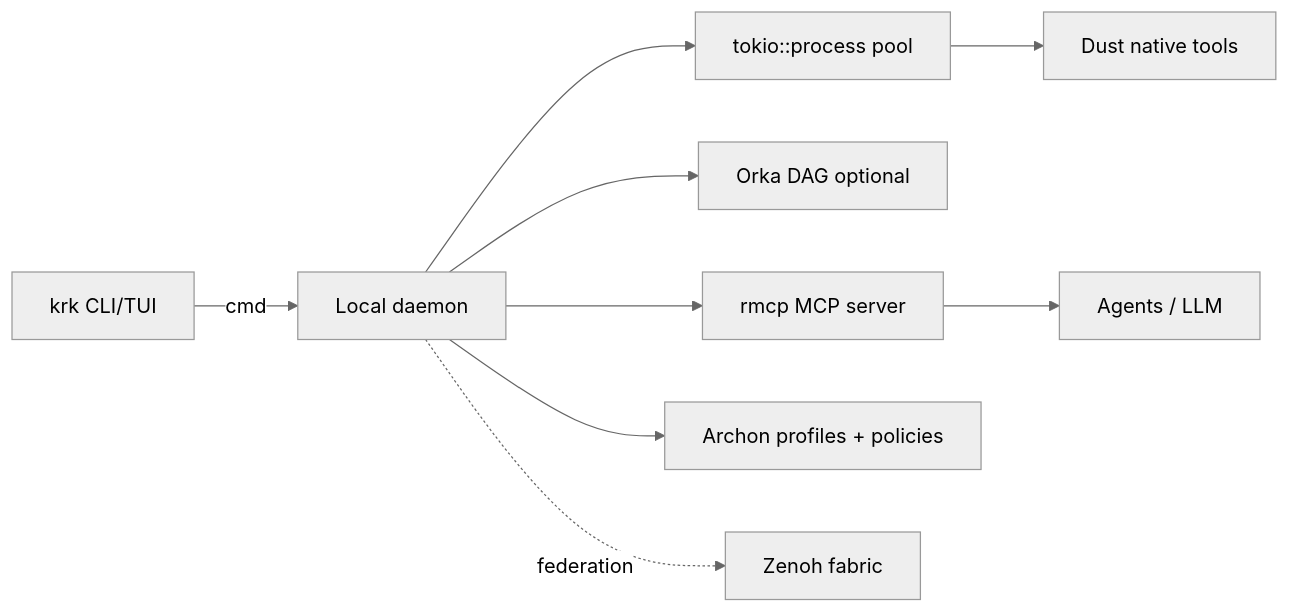
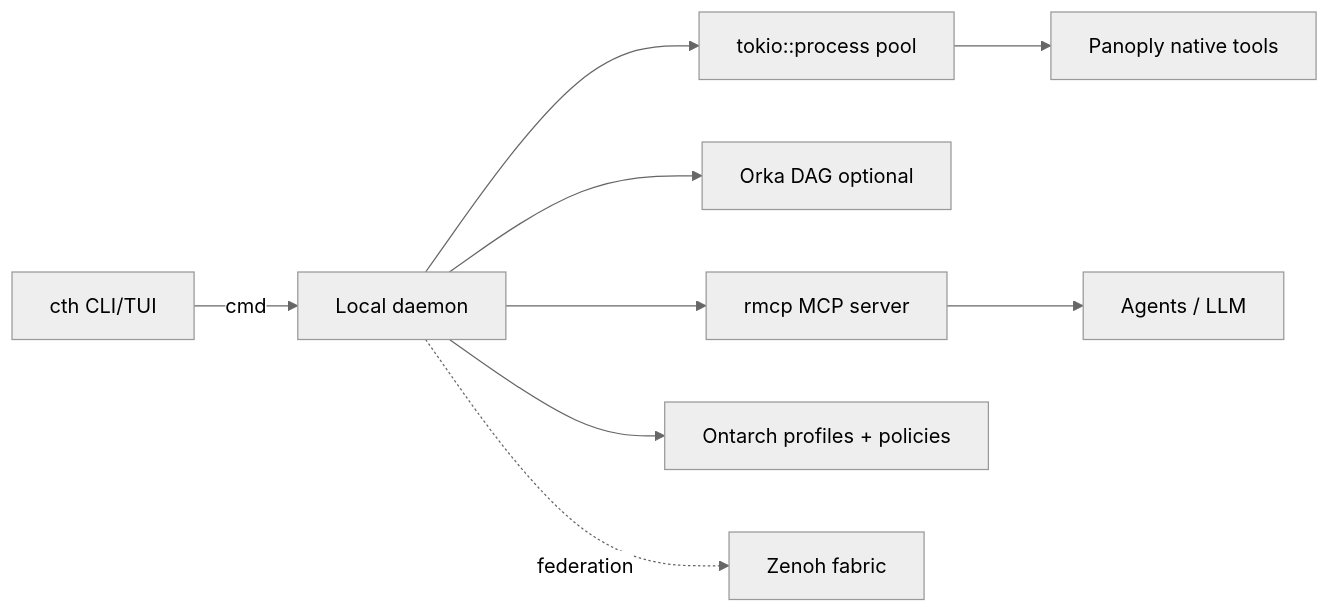
Before and after one commit to luckgrid/wfos: the diagram in docs/runtime-architecture.md, drawn with Mermaid (neutral theme). The commit also changed other lines of this file and 264 other files, not shown here.

````diff
--- a/docs/runtime-architecture.md
+++ b/docs/runtime-architecture.md
@@ -17,11 +17,11 @@
 ```mermaid
 flowchart LR
-  CLI[krk CLI/TUI] -->|cmd| D[Local daemon]
+  CLI[cth CLI/TUI] -->|cmd| D[Local daemon]
   D --> PR[tokio::process pool]
-  PR --> Dust[Dust native tools]
+  PR --> Panoply[Panoply native tools]
   D --> ORK[Orka DAG optional]
   D --> MCP[rmcp MCP server]
   MCP --> LLM[Agents / LLM]
-  D --> CX[Archon profiles + policies]
+  D --> CX[Ontarch profiles + policies]
   D -. federation .-> ZEN[Zenoh fabric]
 ```
````
